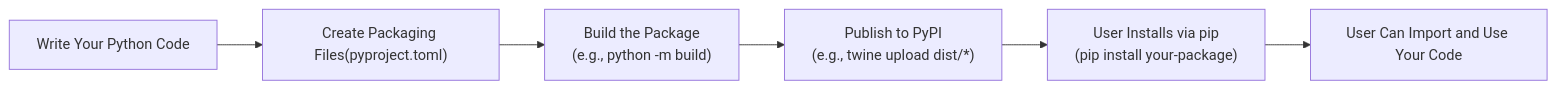
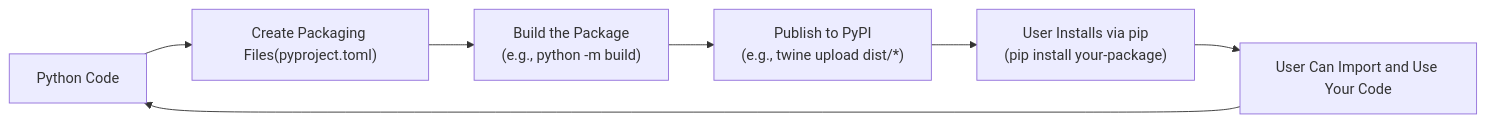
Before and after one commit to priya-gitTest/Python-Packaging-with-Pixi: the diagram in episodes/intoduction_python_packaging.md, drawn with Mermaid. The commit also changed other lines of this file, not shown here.

First line of the commit message:
Simplify packaging process flowchart

````diff
--- a/episodes/intoduction_python_packaging.md
+++ b/episodes/intoduction_python_packaging.md
@@ -40,9 +40,10 @@
 ```mermaid
 graph LR
-    A["Write Your Python Code"] --> B["Create Packaging Files(pyproject.toml)"]
+    A["Python Code"] --> B["Create Packaging Files(pyproject.toml)"]
     B --> C["Build the Package<br/>(e.g., python -m build)"]
     C --> D["Publish to PyPI<br/>(e.g., twine upload dist/*)"]
     D --> E["User Installs via pip<br/>(pip install your-package)"]
     E --> F["User Can Import and Use Your Code"]
+    F --> A
 
 ```
````
